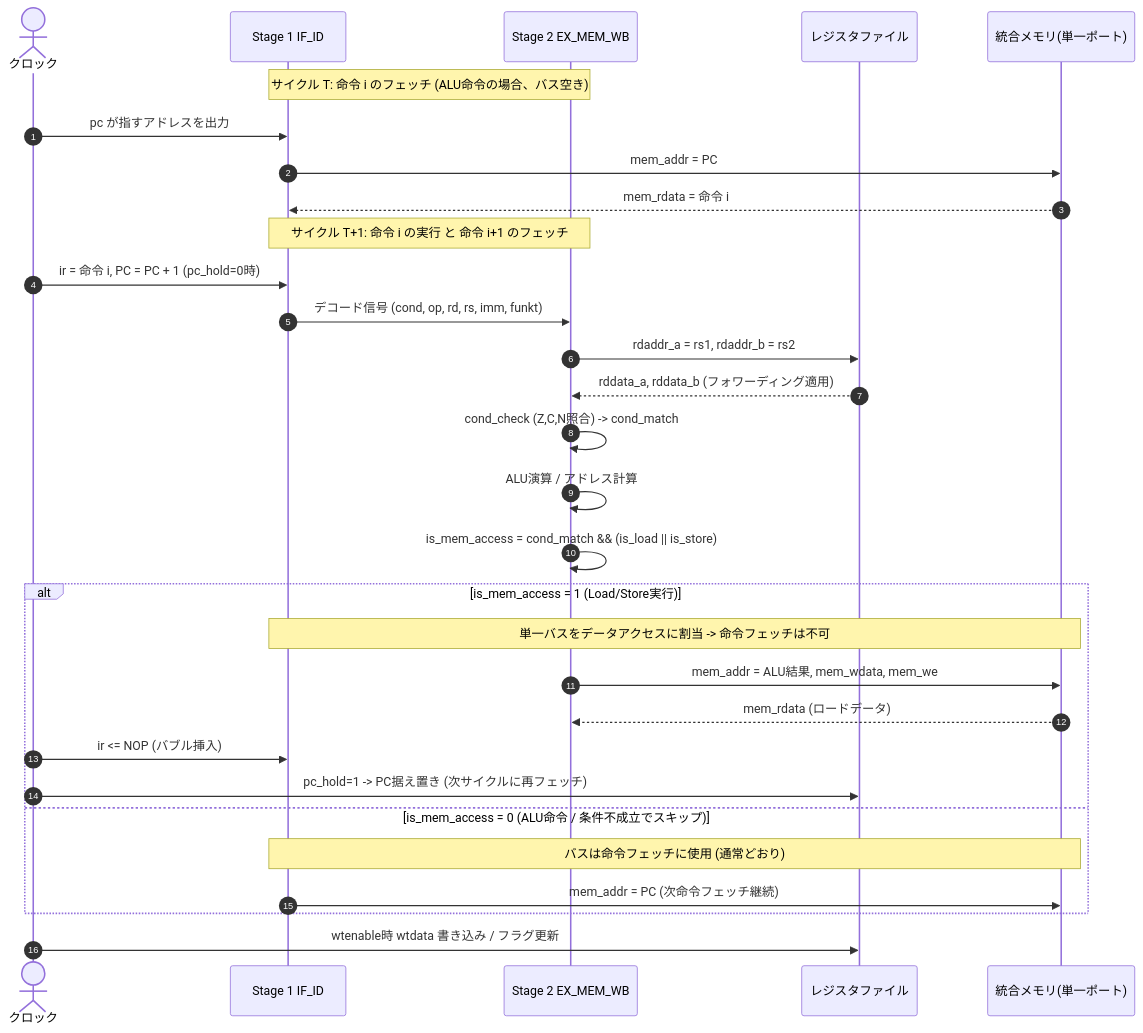
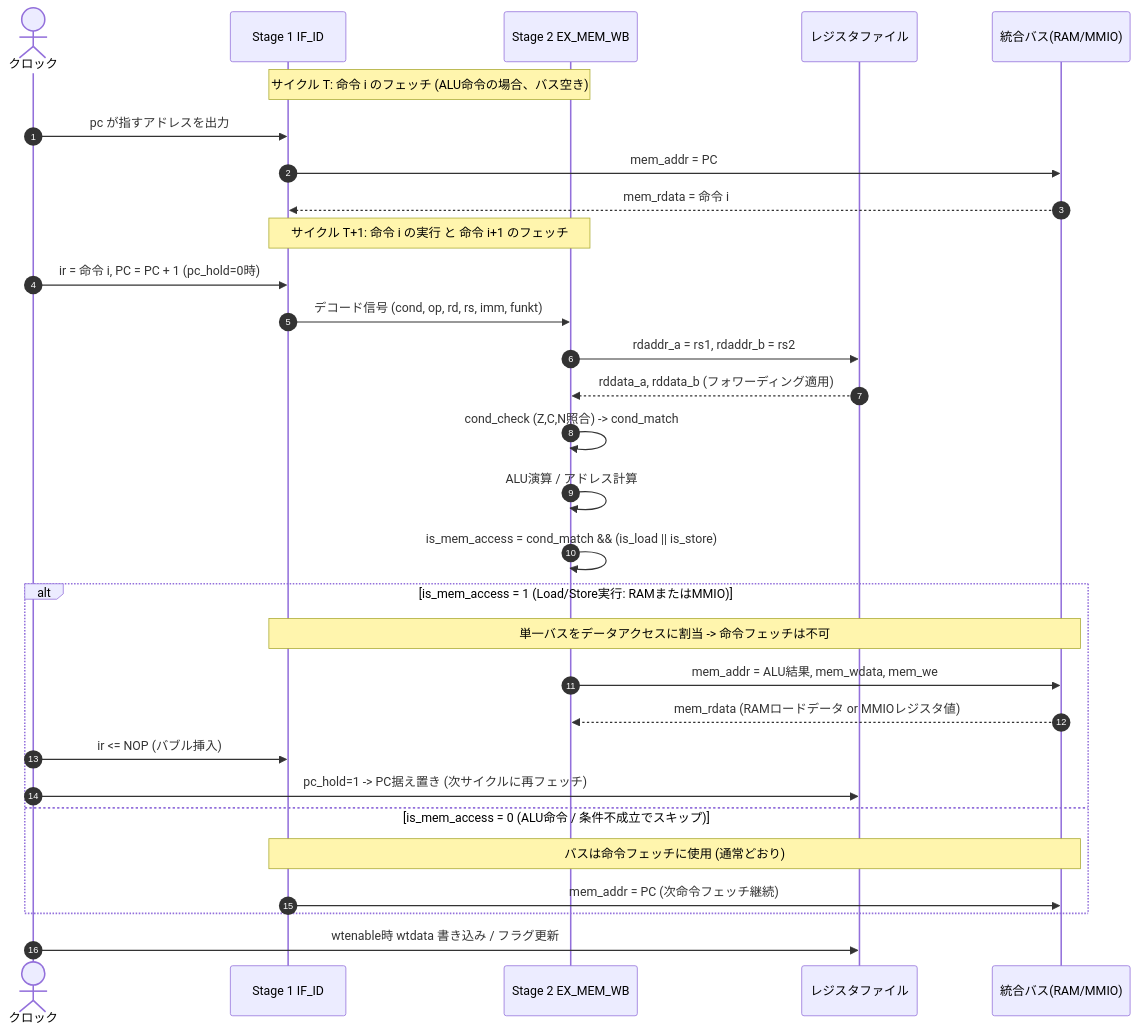
One commit to kin-main/k16-16bitcpu changed the diagram in SPEC.md. Above: the diagram before and after it, drawn with Mermaid. The commit also changed other lines of this file and 7 other files, not shown here.

````diff
--- a/SPEC.md
+++ b/SPEC.md
@@ -50,36 +71,36 @@
 ```mermaid
 sequenceDiagram
     autonumber
     actor Clock as クロック
     participant IF as Stage 1 IF_ID
     participant EX as Stage 2 EX_MEM_WB
     participant RF as レジスタファイル
-    participant MEM as 統合メモリ(単一ポート)
+    participant BUS as 統合バス(RAM/MMIO)
 
     Note over IF,EX: サイクル T: 命令 i のフェッチ (ALU命令の場合、バス空き)
     Clock->>IF: pc が指すアドレスを出力
-    IF->>MEM: mem_addr = PC
-    MEM-->>IF: mem_rdata = 命令 i
+    IF->>BUS: mem_addr = PC
+    BUS-->>IF: mem_rdata = 命令 i
 
     Note over IF,EX: サイクル T+1: 命令 i の実行 と 命令 i+1 のフェッチ
     Clock->>IF: ir = 命令 i, PC = PC + 1 (pc_hold=0時)
     IF->>EX: デコード信号 (cond, op, rd, rs, imm, funkt)
     EX->>RF: rdaddr_a = rs1, rdaddr_b = rs2
     RF-->>EX: rddata_a, rddata_b (フォワーディング適用)
     EX->>EX: cond_check (Z,C,N照合) -> cond_match
     EX->>EX: ALU演算 / アドレス計算
     EX->>EX: is_mem_access = cond_match && (is_load || is_store)
 
-    alt is_mem_access = 1 (Load/Store実行)
-        Note over IF,MEM: 単一バスをデータアクセスに割当 -> 命令フェッチは不可
-        EX->>MEM: mem_addr = ALU結果, mem_wdata, mem_we
-        MEM-->>EX: mem_rdata (ロードデータ)
+    alt is_mem_access = 1 (Load/Store実行: RAMまたはMMIO)
+        Note over IF,BUS: 単一バスをデータアクセスに割当 -> 命令フェッチは不可
+        EX->>BUS: mem_addr = ALU結果, mem_wdata, mem_we
+        BUS-->>EX: mem_rdata (RAMロードデータ or MMIOレジスタ値)
         Clock->>IF: ir <= NOP (バブル挿入)
         Clock->>RF: pc_hold=1 -> PC据え置き (次サイクルに再フェッチ)
     else is_mem_access = 0 (ALU命令 / 条件不成立でスキップ)
-        Note over IF,MEM: バスは命令フェッチに使用 (通常どおり)
-        IF->>MEM: mem_addr = PC (次命令フェッチ継続)
+        Note over IF,BUS: バスは命令フェッチに使用 (通常どおり)
+        IF->>BUS: mem_addr = PC (次命令フェッチ継続)
     end
 
     Clock->>RF: wtenable時 wtdata 書き込み / フラグ更新
 ```
````
